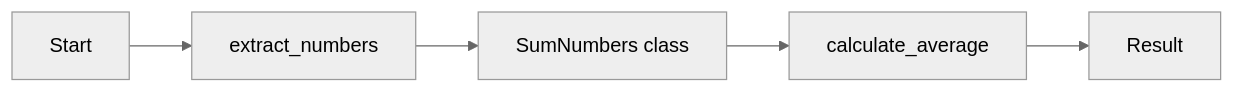
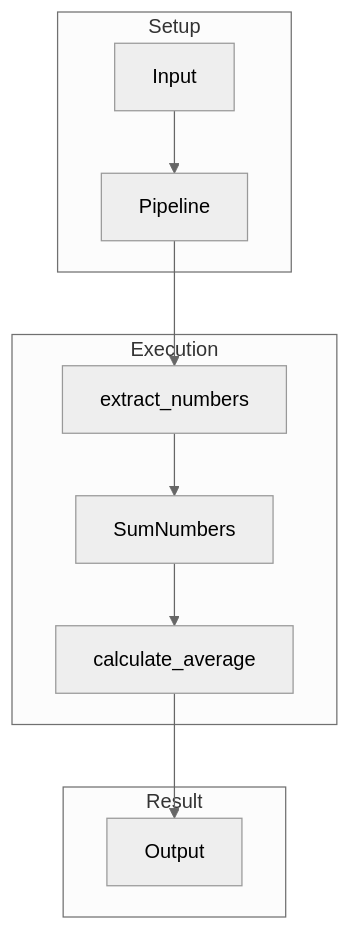
Before and after one commit to wisrovi/wpipe: the third of 5 diagrams in examples/01_basic_pipeline/03_mixed_steps/README.md, drawn with Mermaid (neutral theme). The commit also changed other lines of this file and 182 other files, not shown here.

First line of the commit message:
Add type hints, docstrings, and Mermaid diagrams to all examples

````diff
--- a/examples/01_basic_pipeline/03_mixed_steps/README.md
+++ b/examples/01_basic_pipeline/03_mixed_steps/README.md
@@ -5,7 +39,23 @@
 ```mermaid
-flowchart LR
-    A[Start] --> B[extract_numbers]
-    B --> C[SumNumbers class]
-    C --> D[calculate_average]
-    D --> E[Result]
+graph TB
+    subgraph Setup
+        A[Input]
+        B[Pipeline]
+    end
+    
+    subgraph Execution
+        C[extract_numbers]
+        D[SumNumbers]
+        E[calculate_average]
+    end
+    
+    subgraph Result
+        F[Output]
+    end
+    
+    A --> B
+    B --> C
+    C --> D
+    D --> E
+    E --> F
 ```
````
